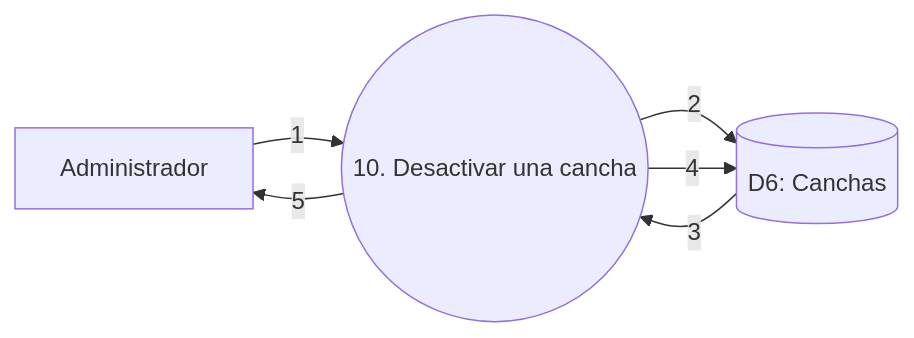
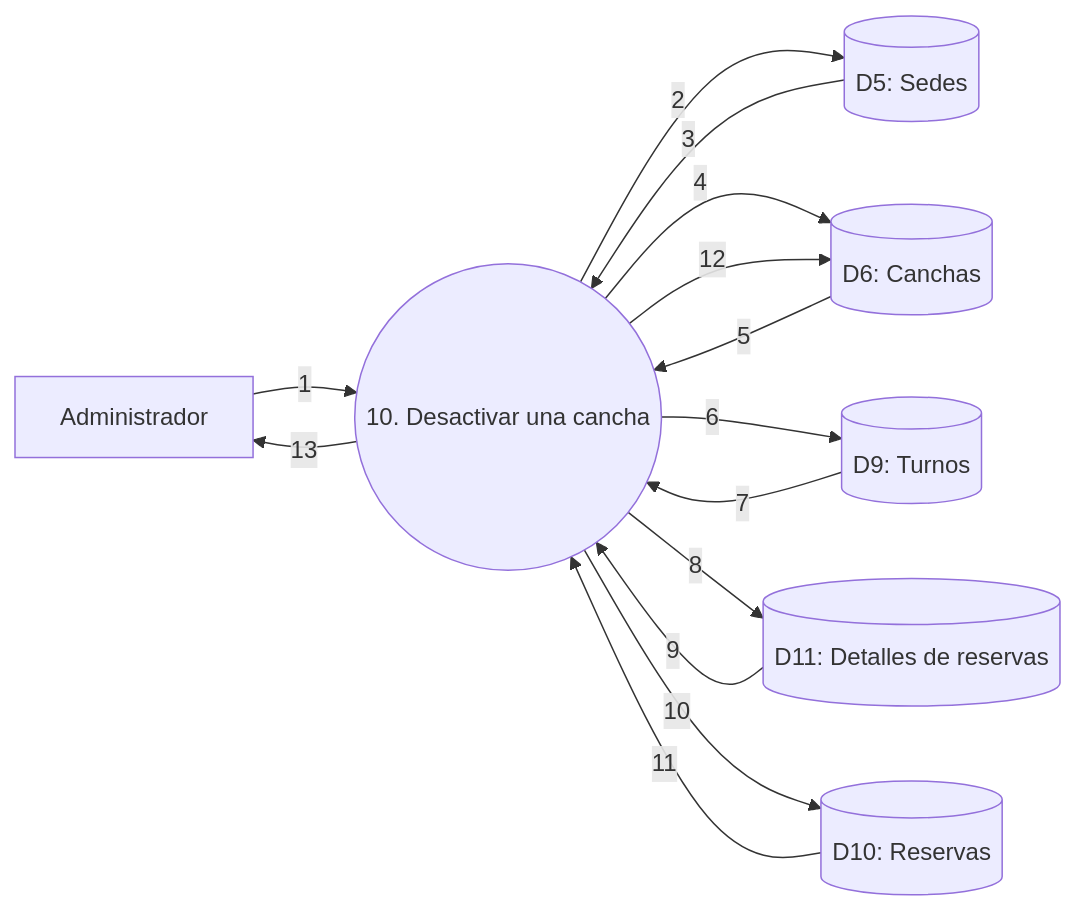
Before and after one commit to fasempertegui/Matchpoint-Taller: the tenth of 33 diagrams in docs/DFD.md, drawn with Mermaid. The commit also changed other lines of this file and 5 other files, not shown here.

Commit message:
Ahora no se pueden desactivar sedes ni canchas si existen reservas programadas: deben ser completadas o anuladas primero

````diff
--- a/docs/DFD.md
+++ b/docs/DFD.md
@@ -258,12 +278,24 @@
 ```mermaid
 flowchart LR
     A[Administrador]
     P((10. Desactivar una cancha))
+    D5[(D5: Sedes)]
     D6[(D6: Canchas)]
+    D9[(D9: Turnos)]
+    D10[(D10: Reservas)]
+    D11[(D11: Detalles de reservas)]
 
     A -->|1| P
-    P -->|2| D6
-    D6 -->|3| P
+    P -->|2| D5
+    D5 -->|3| P
     P -->|4| D6
-    P -->|5| A
+    D6 -->|5| P
+    P -->|6| D9
+    D9 -->|7| P
+    P -->|8| D11
+    D11 -->|9| P
+    P -->|10| D10
+    D10 -->|11| P
+    P -->|12| D6
+    P -->|13| A
 ```
````
